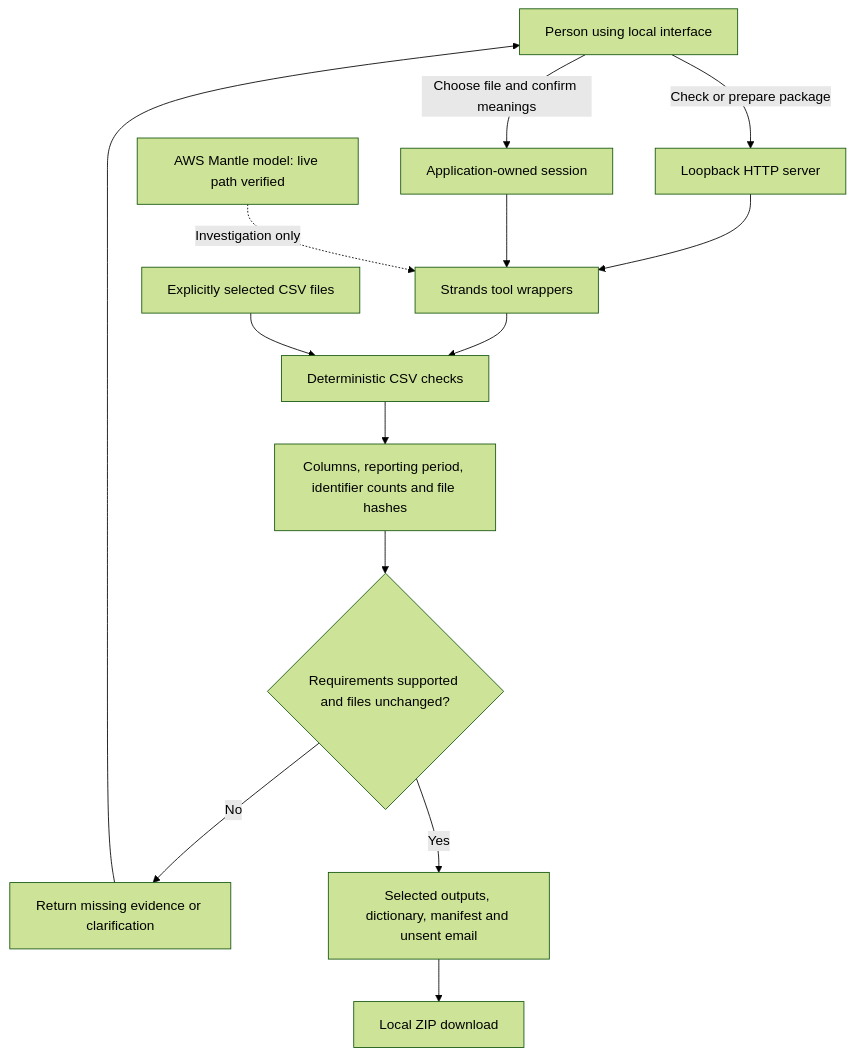
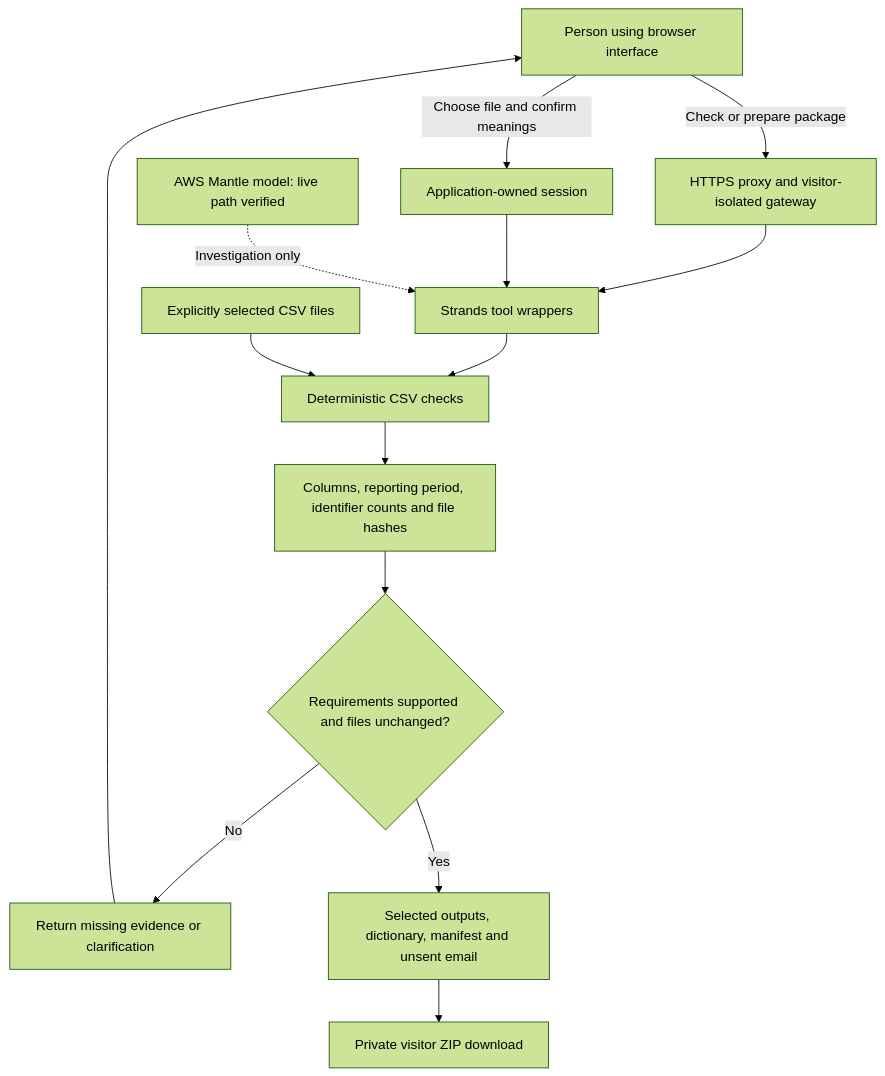
The diagram in ARCHITECTURE.md (DeltaX-Kairos/handoff-desk), drawn with Mermaid (forest theme) before and after one commit. The commit also changed other lines of this file and 3 other files, not shown here.

````diff
--- a/ARCHITECTURE.md
+++ b/ARCHITECTURE.md
@@ -9,16 +9,16 @@
 ```mermaid
 flowchart TD
-    Person[Person using local interface] -->|Choose file and confirm meanings| App[Application-owned session]
-    Person -->|Check or prepare package| HTTP[Loopback HTTP server]
+    Person[Person using browser interface] -->|Choose file and confirm meanings| App[Application-owned session]
+    Person -->|Check or prepare package| HTTP[HTTPS proxy and visitor-isolated gateway]
     HTTP --> Tools[Strands tool wrappers]
     App --> Tools
     Tools --> Core[Deterministic CSV checks]
     Files[Explicitly selected CSV files] --> Core
     Core --> Evidence[Columns, reporting period, identifier counts and file hashes]
     Evidence --> Gate{Requirements supported and files unchanged?}
     Gate -->|No| Clarify[Return missing evidence or clarification]
     Clarify --> Person
     Gate -->|Yes| Package[Selected outputs, dictionary, manifest and unsent email]
-    Package --> Download[Local ZIP download]
+    Package --> Download[Private visitor ZIP download]
     Model[AWS Mantle model: live path verified] -. Investigation only .-> Tools
 ```
````
